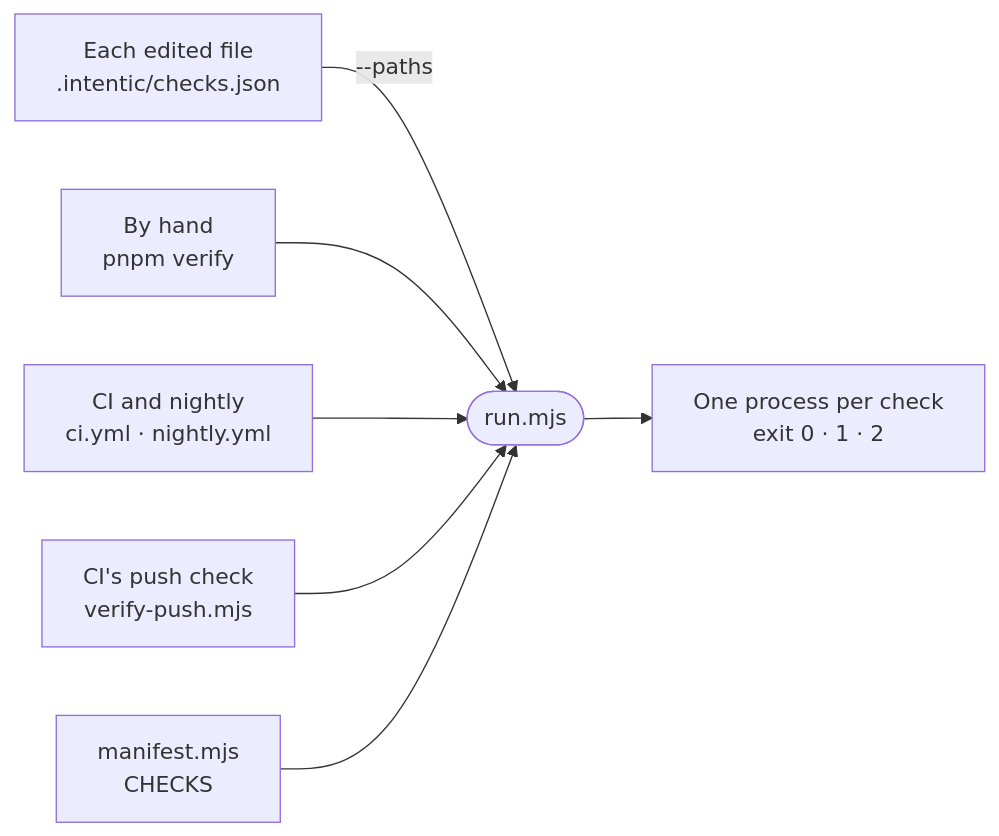
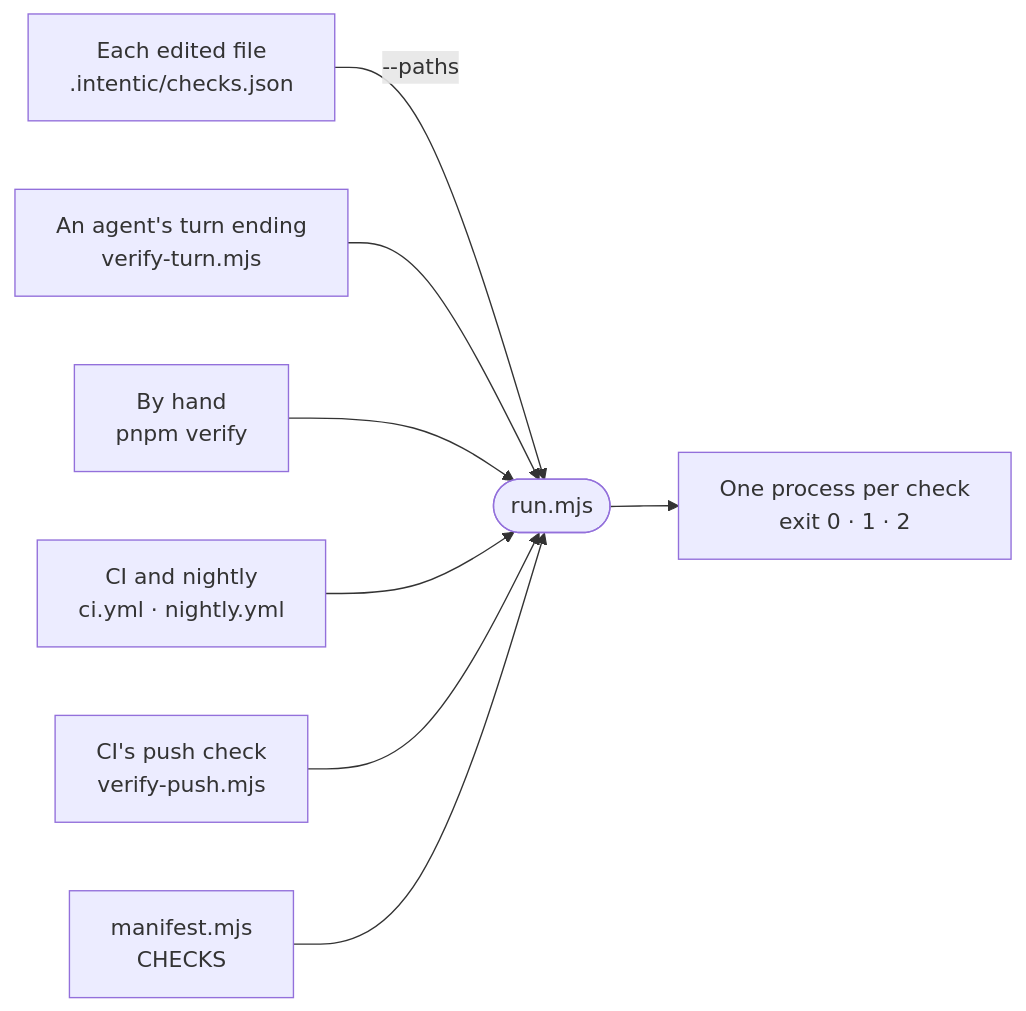
Before and after one commit to intentic/intentic: the diagram in _tools/checks/README.md, drawn with Mermaid. The commit also changed other lines of this file and 66 other files, not shown here.

First line of the commit message:
feat(ci): add verify-turn to check agent work at the end of every turn

````diff
--- a/_tools/checks/README.md
+++ b/_tools/checks/README.md
@@ -5,9 +5,10 @@
 ```mermaid
 flowchart LR
     edit["Each edited file<br/>.intentic/checks.json"] -->|"--paths"| run(["run.mjs"])
+    turn["An agent's turn ending<br/>verify-turn.mjs"] --> run
     verify["By hand<br/>pnpm verify"] --> run
     ci["CI and nightly<br/>ci.yml · nightly.yml"] --> run
     push["CI's push check<br/>verify-push.mjs"] --> run
     manifest["manifest.mjs<br/>CHECKS"] --> run
     run --> procs["One process per check<br/>exit 0 · 1 · 2"]
 ```
````
